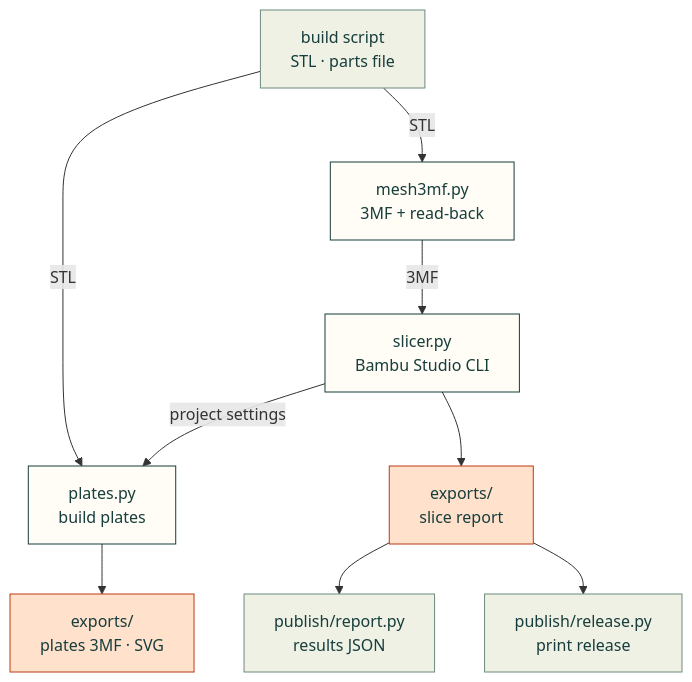
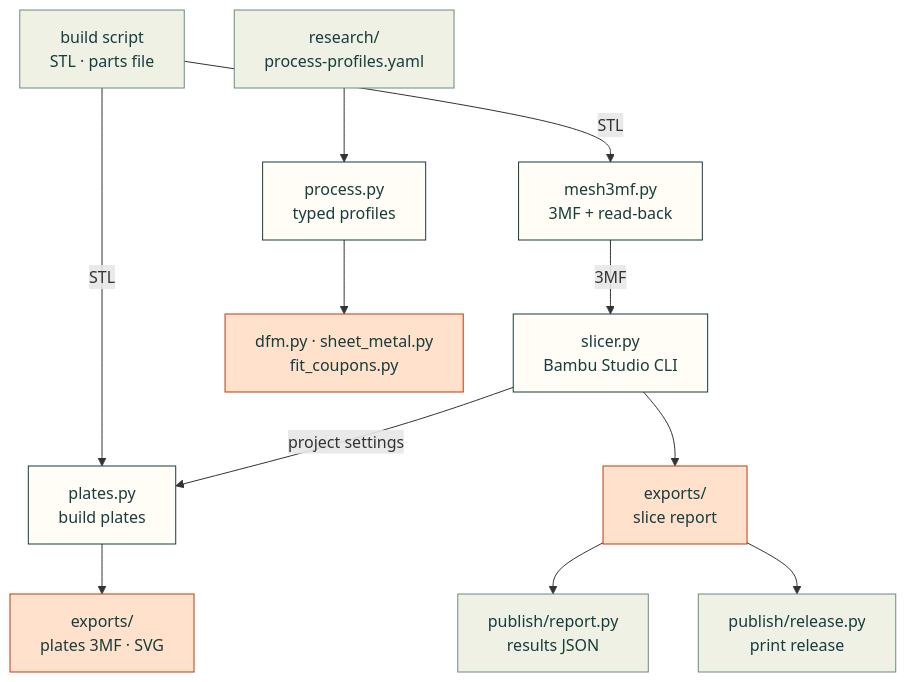
Before and after one commit to Valpatel/cad-agent: the diagram in src/cadagent/manufacturing/README.md, drawn with Mermaid. The commit also changed other lines of this file and 11 other files, not shown here.

Commit message:
Process profiles: docs page with figures drawn from the code, map lines and changelog (#99)

````diff
--- a/src/cadagent/manufacturing/README.md
+++ b/src/cadagent/manufacturing/README.md
@@ -11,17 +13,19 @@
 ```mermaid
 flowchart TD
     B["build script<br/>STL · parts file"] -->|"STL"| M3["mesh3mf.py<br/>3MF + read-back"]
     M3 -->|"3MF"| SL["slicer.py<br/>Bambu Studio CLI"]
     B -->|"STL"| PL["plates.py<br/>build plates"]
     SL -->|"project settings"| PL
     PL --> PF["exports/<br/>plates 3MF · SVG"]
     SL --> SR["exports/<br/>slice report"]
     SR --> R["publish/report.py<br/>results JSON"]
     SR --> REL["publish/release.py<br/>print release"]
+    Y["research/<br/>process-profiles.yaml"] --> PR["process.py<br/>typed profiles"]
+    PR --> DF["dfm.py · sheet_metal.py<br/>fit_coupons.py"]
     classDef here fill:#fffdf5,stroke:#173d3c,color:#173d3c
     classDef near fill:#eef1e4,stroke:#6f8a80,color:#173d3c
     classDef out fill:#ffe1cc,stroke:#bd3a12,color:#173d3c
-    class M3,SL,PL here
-    class B,R,REL near
-    class SR,PF out
+    class M3,SL,PL,PR here
+    class B,R,REL,Y near
+    class SR,PF,DF out
 ```
````
